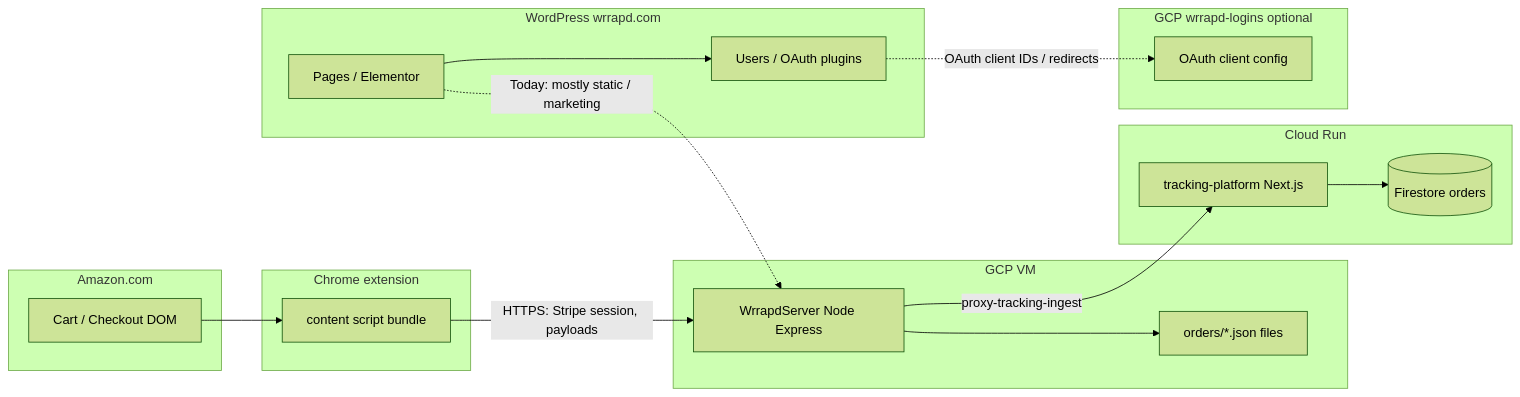
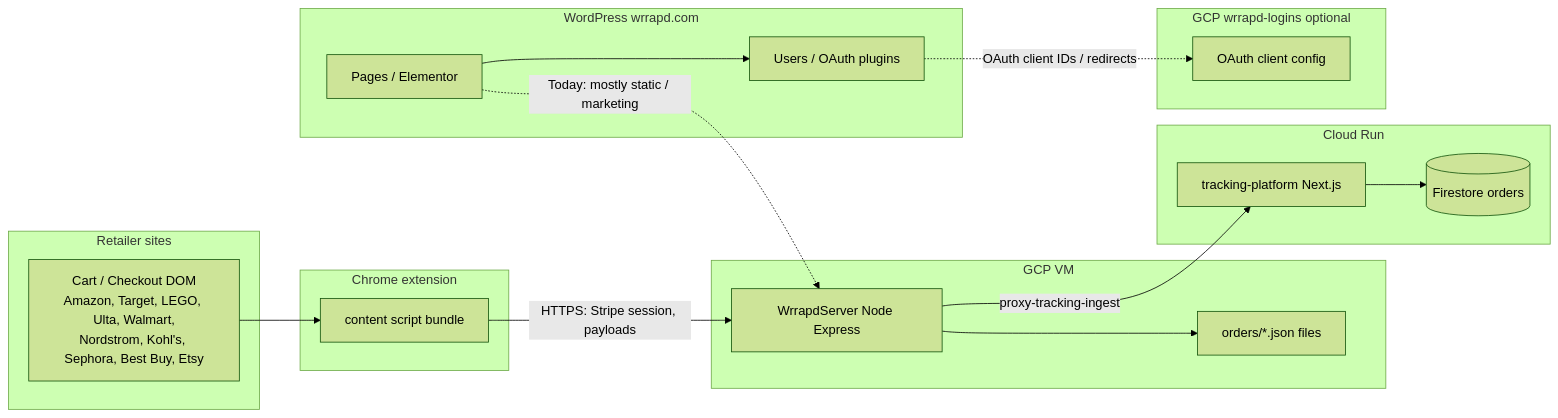
The diagram in docs/INTEGRATION-MAP.md (phill86518/WrrapdExtension-main), drawn with Mermaid (forest theme) before and after one commit. The commit also changed other lines of this file and 36 other files, not shown here.

````diff
--- a/docs/INTEGRATION-MAP.md
+++ b/docs/INTEGRATION-MAP.md
@@ -5,38 +5,38 @@
 ```mermaid
 flowchart LR
-  subgraph amazon [Amazon.com]
-    A[Cart / Checkout DOM]
+  subgraph retailer [Retailer sites]
+    A[Cart / Checkout DOM<br/>Amazon, Target, LEGO, Ulta, Walmart,<br/>Nordstrom, Kohl's, Sephora, Best Buy, Etsy]
   end
 
   subgraph ext [Chrome extension]
     E[content script bundle]
   end
 
   subgraph vm [GCP VM]
     W[WrrapdServer Node Express]
     J[orders/*.json files]
   end
 
   subgraph run [Cloud Run]
     T[tracking-platform Next.js]
     F[(Firestore orders)]
   end
 
   subgraph wp [WordPress wrrapd.com]
     P[Pages / Elementor]
     U[Users / OAuth plugins]
   end
 
   subgraph idp [GCP wrrapd-logins optional]
     O[OAuth client config]
   end
 
   A --> E
   E -->|"HTTPS: Stripe session, payloads"| W
   W --> J
   W -->|"proxy-tracking-ingest"| T
   T --> F
   P --> U
   U -.->|"OAuth client IDs / redirects"| O
   P -.->|"Today: mostly static / marketing"| W
 ```
````
